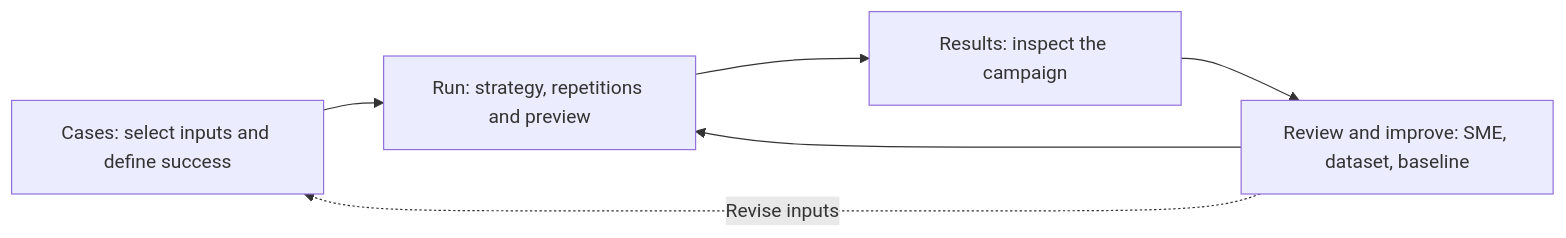
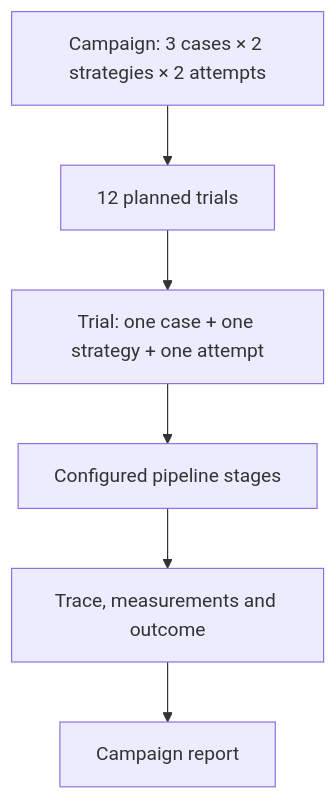
The second of 2 diagrams in docs/product/user-journey.md (niksacdev/rove), drawn with Mermaid before and after one commit. The commit also changed other lines of this file and 31 other files, not shown here.

Commit message:
Build a coherent campaign workspace with case gallery and visible trials

````diff
--- a/docs/product/user-journey.md
+++ b/docs/product/user-journey.md
@@ -49,8 +103,8 @@
 ```mermaid
-flowchart LR
-    C["Cases: select inputs and define success"] --> R["Run: strategy, repetitions and preview"]
-    R --> O["Results: inspect the campaign"]
-    O --> V["Review and improve: SME, dataset, baseline"]
-    V --> R
-    V -. Revise inputs .-> C
+flowchart TD
+    C["Campaign: 3 cases × 2 strategies × 2 attempts"] --> T["12 planned trials"]
+    T --> A["Trial: one case + one strategy + one attempt"]
+    A --> P["Configured pipeline stages"]
+    P --> E["Trace, measurements and outcome"]
+    E --> R["Campaign report"]
 ```
````
